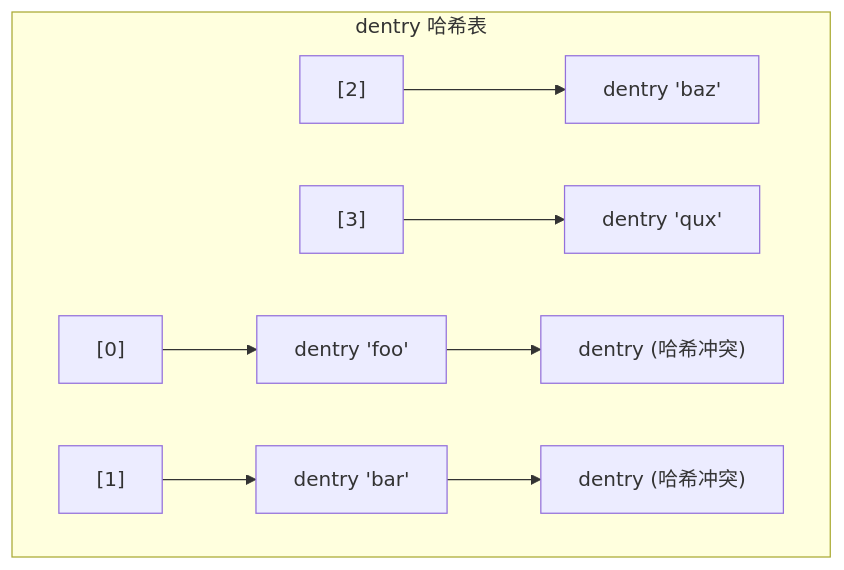
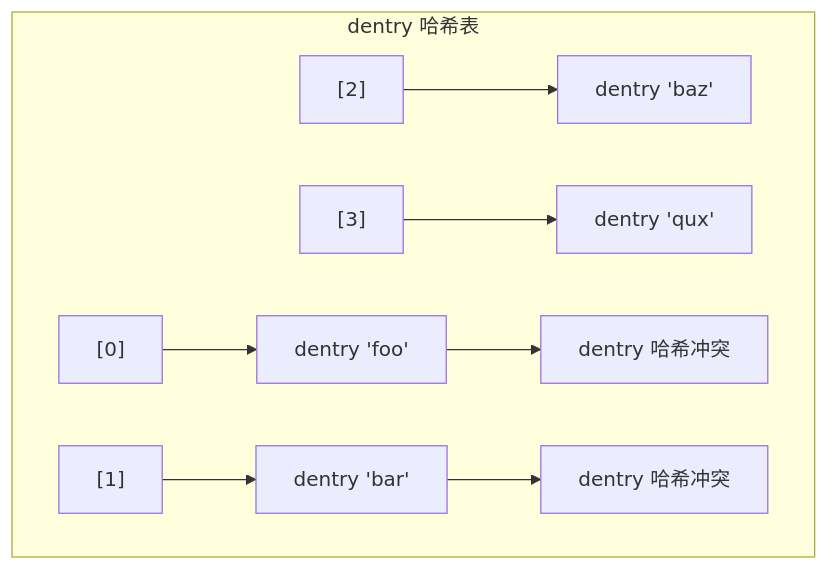
Before and after one commit to jpixy/jpixy.github.io: the third of 16 diagrams in content/articles/linux/linux-28-内核笔试题-文件系统与VFS.md, drawn with Mermaid. The commit also changed other lines of this file and 66 other files, not shown here.

Commit message:
fix: resolve Mermaid syntax errors by removing parentheses in node labels

````diff
--- a/content/articles/linux/linux-28-内核笔试题-文件系统与VFS.md
+++ b/content/articles/linux/linux-28-内核笔试题-文件系统与VFS.md
@@ -283,11 +283,11 @@
 ```mermaid
 graph TB
     subgraph 哈希表["dentry 哈希表"]
         H0["[0]"] --> D1["dentry 'foo'"]
         H1["[1]"] --> D2["dentry 'bar'"]
         H2["[2]"] --> D3["dentry 'baz'"]
         H3["[3]"] --> D4["dentry 'qux'"]
-        D1 --> D1C["dentry (哈希冲突)"]
-        D2 --> D2C["dentry (哈希冲突)"]
+        D1 --> D1C["dentry 哈希冲突"]
+        D2 --> D2C["dentry 哈希冲突"]
     end
 ```
````
